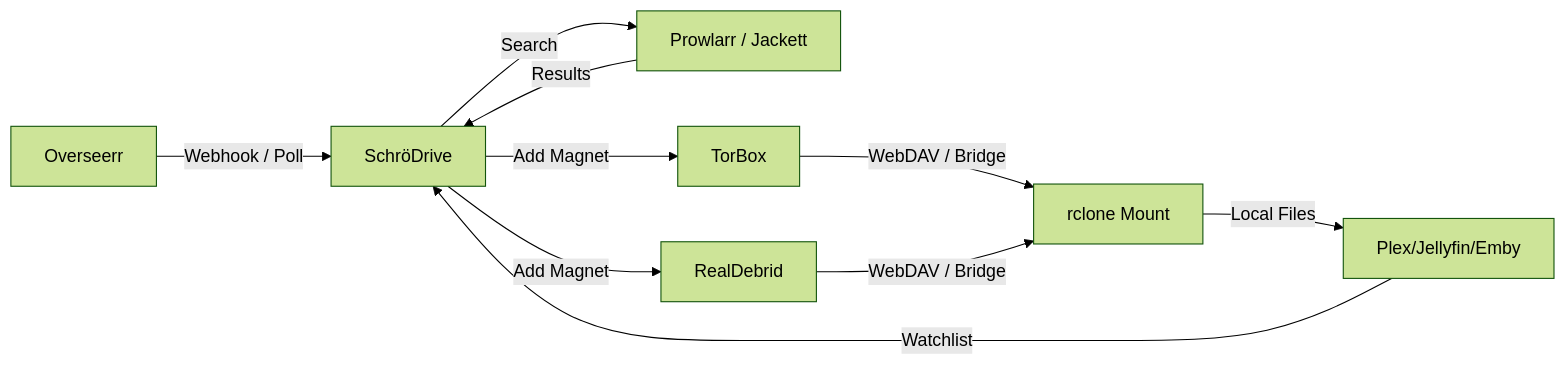
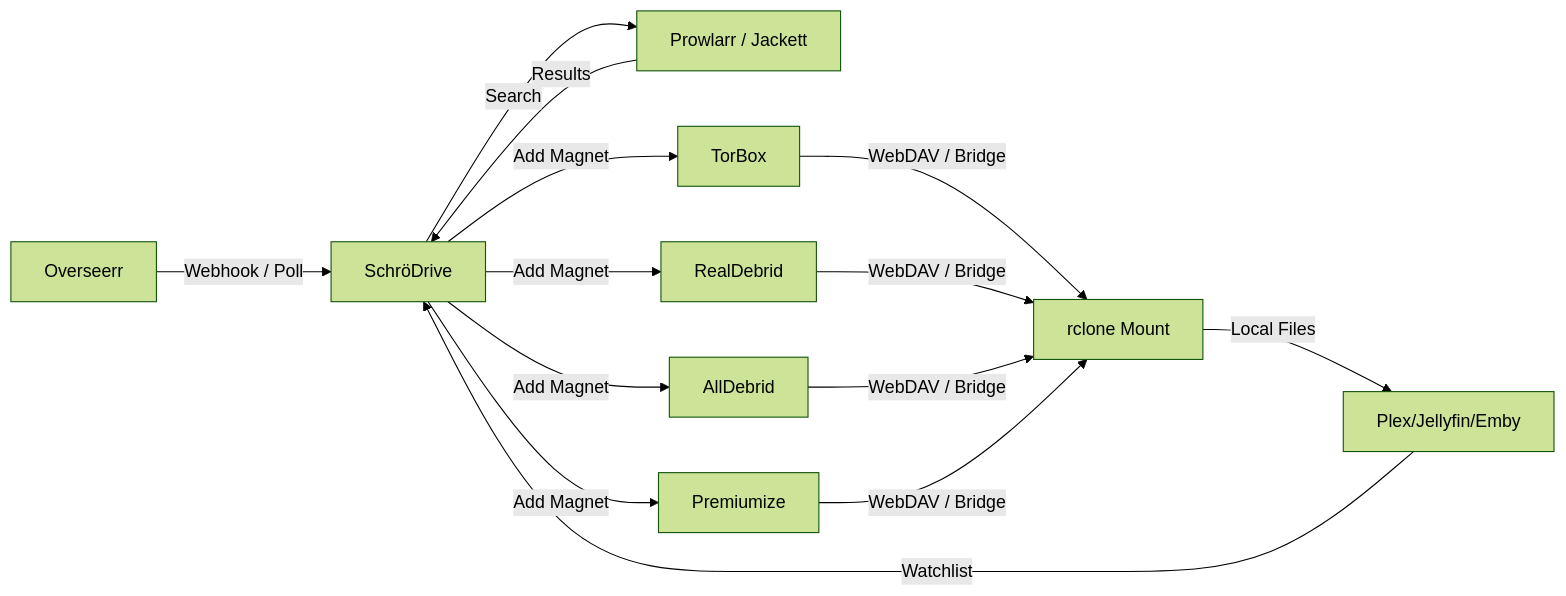
Before and after one commit to moderniselife/SchroDrive: the first of 2 diagrams in README.md, drawn with Mermaid (forest theme). The commit also changed other lines of this file and 5 other files, not shown here.

````diff
--- a/README.md
+++ b/README.md
@@ -202,12 +251,16 @@
 ```mermaid
 graph LR
     A[Overseerr] -->|Webhook / Poll| B[SchröDrive]
     C[Plex/Jellyfin/Emby] -->|Watchlist| B
     B -->|Search| D[Prowlarr / Jackett]
     D -->|Results| B
     B -->|Add Magnet| E[TorBox]
     B -->|Add Magnet| F[RealDebrid]
+    B -->|Add Magnet| G2[AllDebrid]
+    B -->|Add Magnet| G3[Premiumize]
     E -->|WebDAV / Bridge| G[rclone Mount]
     F -->|WebDAV / Bridge| G
+    G2 -->|WebDAV / Bridge| G
+    G3 -->|WebDAV / Bridge| G
     G -->|Local Files| C
 ```
````
